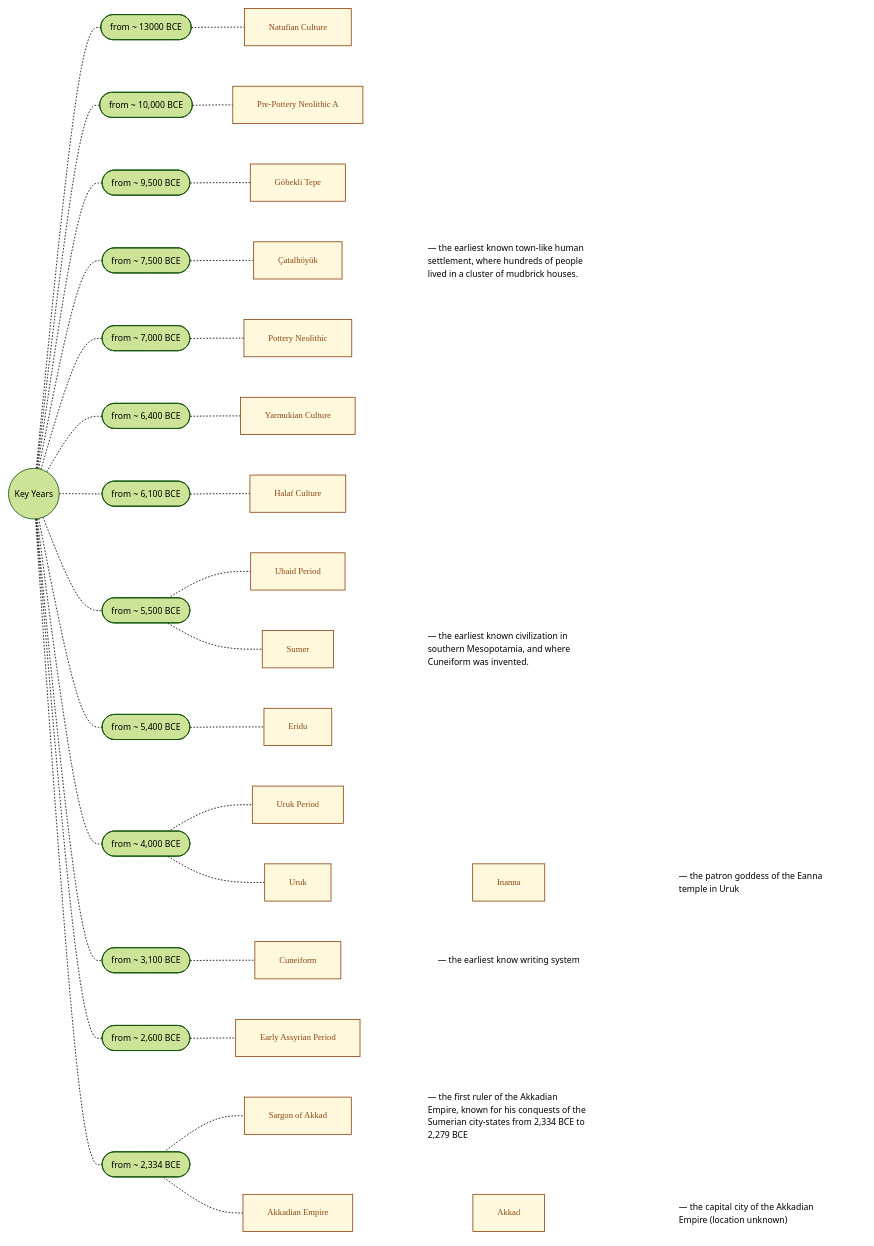
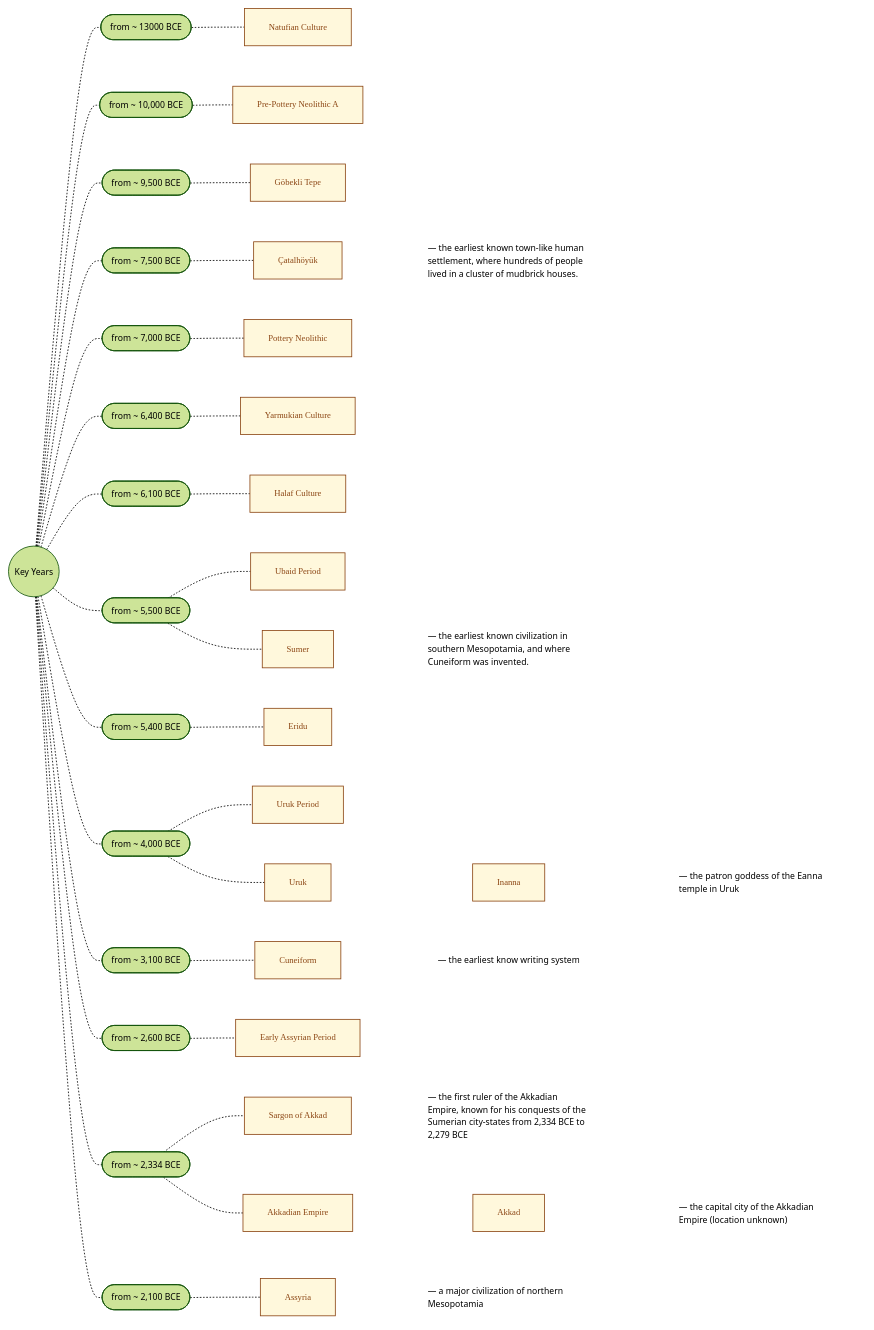
The diagram in 0000_General/mesopotamian_timeline_v1.01.md (joe-dorward/samples), drawn with Mermaid before and after one commit.

```diff
--- a/0000_General/mesopotamian_timeline_v1.01.md
+++ b/0000_General/mesopotamian_timeline_v1.01.md
@@ -67,6 +67,10 @@
             CUNEIFORM_NOTE[#151; the earliest know writing system]
             click CUNEIFORM "https://en.wikipedia.org/wiki/Cuneiform" _blank
 
+
+      class NATUFIAN,PRE_POTTERY_NEOLITHIC_A,GOBEKLI_TEPE,CATALHOYUK,POTTERY_NEOLITHIC,YARNUKIAN,HALAF,UBAID,SUMER,ERIDU,URUK_PERIOD,URUK,INANNA,CUNEIFORM Note;
+      class CATALHOYUK_NOTE,SUMER_NOTE,INANNA_NOTE,CUNEIFORM_NOTE Summary
+      %% ========== ========== ========== ========== ==========
       2600([from ~ 2,600 BCE])
             EARLY_ASSYRIAN_PERIOD[Early Assyrian Period]
             click EARLY_ASSYRIAN_PERIOD "https://en.wikipedia.org/wiki/Early_Assyrian_period" _blank
@@ -79,10 +83,12 @@
             AKKAD_NOTE["#151; the capital city of the Akkadian Empire (location unknown)"]
             click AKKADIAN_EMPIRE "https://en.wikipedia.org/wiki/Akkadian_Empire" _blank
 
+      2100([from ~ 2,100 BCE])
+            ASSYRIA[Assyria]
+            ASSYRIA_NOTE[#151; a major civilization of northern Mesopotamia]
 
-
-      class NATUFIAN,PRE_POTTERY_NEOLITHIC_A,GOBEKLI_TEPE,CATALHOYUK,POTTERY_NEOLITHIC,YARNUKIAN,HALAF,UBAID,SUMER,ERIDU,URUK_PERIOD,URUK,INANNA,CUNEIFORM,EARLY_ASSYRIAN_PERIOD,SARGON_OF_AKKAD,AKKADIAN_EMPIRE,AKKAD Note;
-      class CATALHOYUK_NOTE,SUMER_NOTE,INANNA_NOTE,CUNEIFORM_NOTE,SARGON_OF_AKKAD_NOTE,AKKAD_NOTE Summary
+      class EARLY_ASSYRIAN_PERIOD,SARGON_OF_AKKAD,AKKADIAN_EMPIRE,AKKAD,ASSYRIA Note;
+      class SARGON_OF_AKKAD_NOTE,AKKAD_NOTE,ASSYRIA_NOTE Summary
       %% ========== ========== ========== ========== ==========
       KEY_YEARS-.-13000-.-NATUFIAN
       KEY_YEARS-.-10000-.-PRE_POTTERY_NEOLITHIC_A
@@ -97,10 +103,13 @@
       KEY_YEARS-.-4000-.-URUK_PERIOD
                   4000-.-URUK~~~INANNA~~~INANNA_NOTE
       KEY_YEARS-.-3100-.-CUNEIFORM~~~CUNEIFORM_NOTE
+
+      %% ========== ========== ========== ========== ==========
       KEY_YEARS-.-2600-.-EARLY_ASSYRIAN_PERIOD
       KEY_YEARS-.-2334-.-SARGON_OF_AKKAD~~~SARGON_OF_AKKAD_NOTE
                   2334-.-AKKADIAN_EMPIRE
                          AKKADIAN_EMPIRE~~~AKKAD~~~AKKAD_NOTE
+      KEY_YEARS-.-2100-.-ASSYRIA~~~ASSYRIA_NOTE
 
     %%linkStyle 0 stroke-width:2px,fill:none,stroke:red;
     %%linkStyle 1 stroke-width:2px,fill:none,stroke:blue;
```
